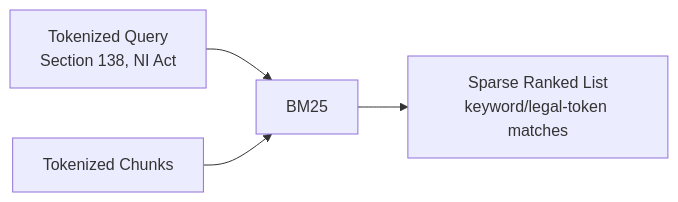
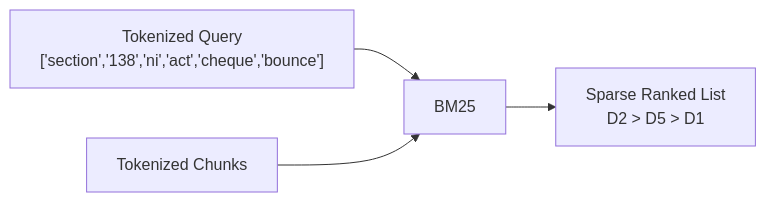
Before and after one commit to delisha02/droitdraft: the fifth of 8 diagrams in docs/implementation.md, drawn with Mermaid. The commit also changed other lines of this file, not shown here.

````diff
--- a/docs/implementation.md
+++ b/docs/implementation.md
@@ -111,8 +114,8 @@
 ```mermaid
 flowchart LR
     TQ["Tokenized Query
-Section 138, NI Act"] --> BM["BM25"]
+['section','138','ni','act','cheque','bounce']"] --> BM["BM25"]
     TD["Tokenized Chunks"] --> BM
     BM --> SR["Sparse Ranked List
-keyword/legal-token matches"]
+D2 > D5 > D1"]
 ```
````
